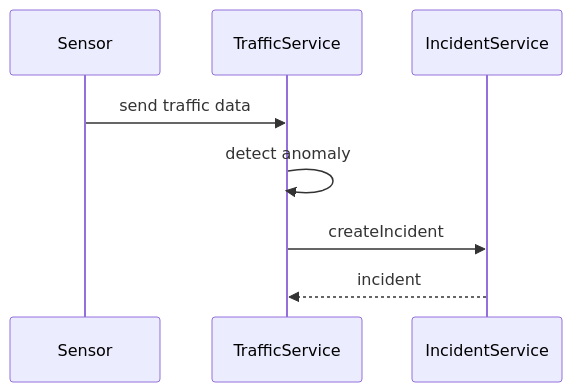
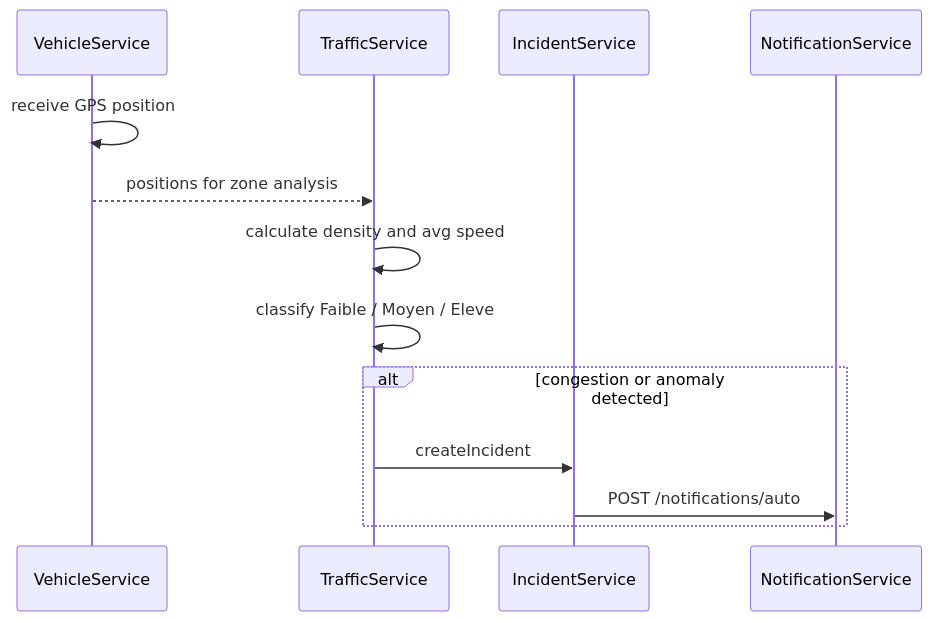
Before and after one commit to rayen43500/Smart-Urban-Traffic-Management-Platform: the fourth of 6 diagrams in docs/uml.md, drawn with Mermaid. The commit also changed other lines of this file and 64 other files, not shown here.

````diff
--- a/docs/uml.md
+++ b/docs/uml.md
@@ -89,11 +139,16 @@
 ```mermaid
 sequenceDiagram
-  participant Sensor
+  participant VehicleService
   participant TrafficService
   participant IncidentService
+  participant NotificationService
 
-  Sensor->>TrafficService: send traffic data
-  TrafficService->>TrafficService: detect anomaly
-  TrafficService->>IncidentService: createIncident
-  IncidentService-->>TrafficService: incident
+  VehicleService->>VehicleService: receive GPS position
+  VehicleService-->>TrafficService: positions for zone analysis
+  TrafficService->>TrafficService: calculate density and avg speed
+  TrafficService->>TrafficService: classify Faible / Moyen / Eleve
+  alt congestion or anomaly detected
+    TrafficService->>IncidentService: createIncident
+    IncidentService->>NotificationService: POST /notifications/auto
+  end
 ```
````
